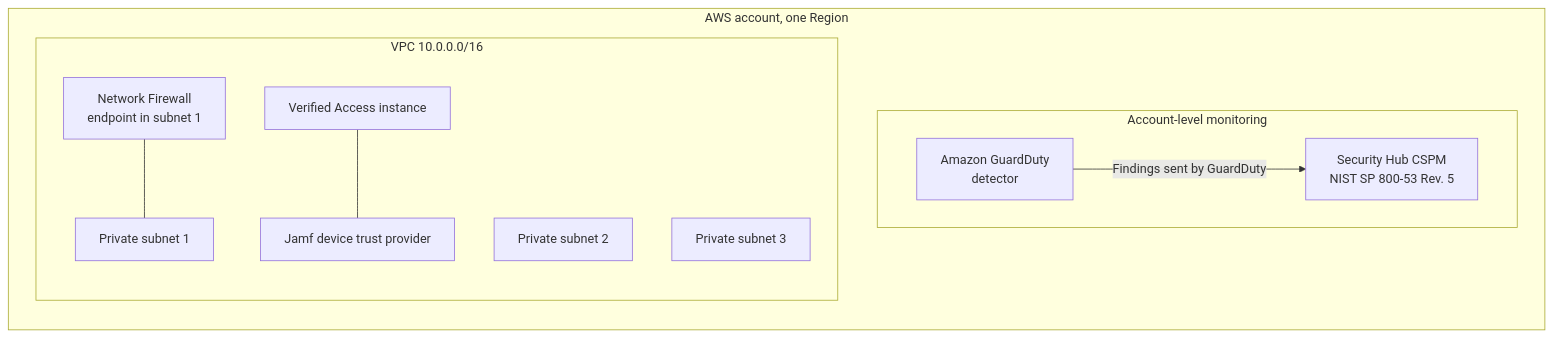
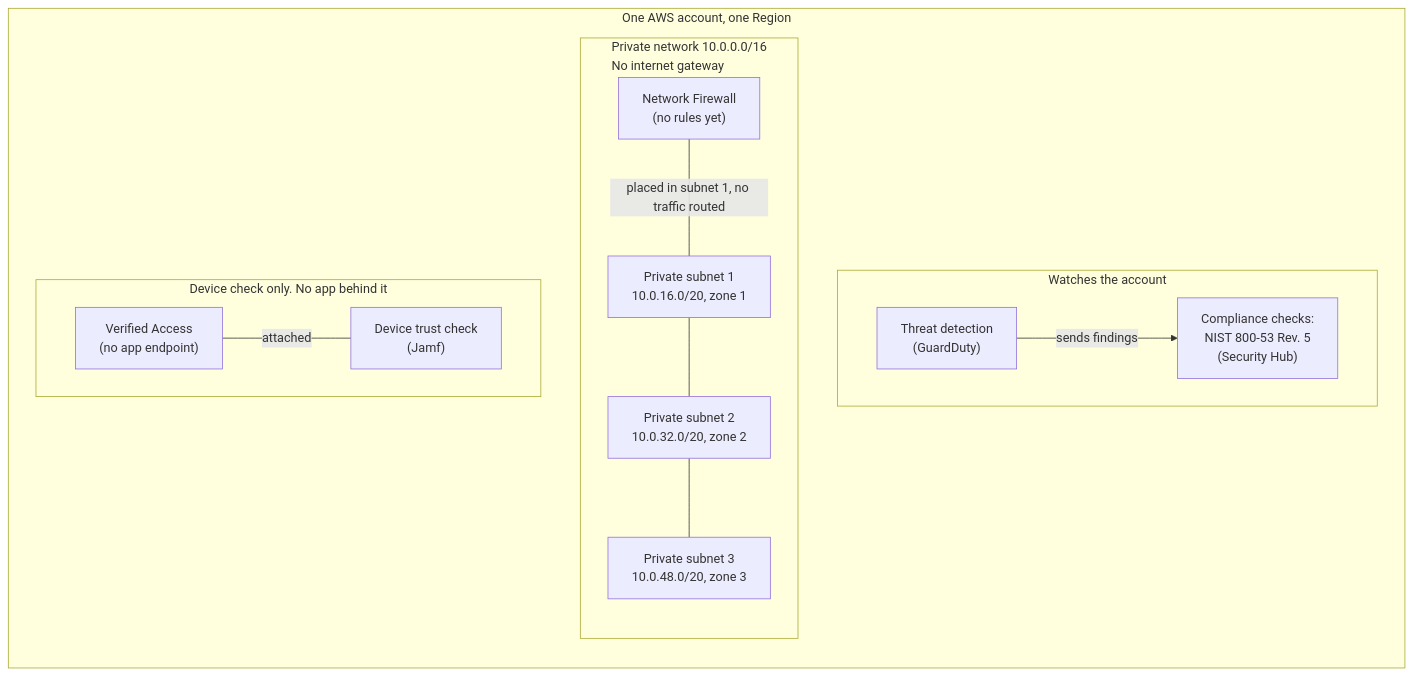
The diagram in README.md (CloudVeteran/AWS-Zero-Trust-Terraform), drawn with Mermaid before and after one commit. The commit also changed other lines of this file and 4 other files, not shown here.

First line of the commit message:
Add a plain-English architecture diagram for the lab. (#3)

````diff
--- a/README.md
+++ b/README.md
@@ -31,27 +35,34 @@
 ```mermaid
-flowchart TD
-    subgraph Account["AWS account, one Region"]
+flowchart TB
+    subgraph Account["One AWS account, one Region"]
         direction TB
 
-        subgraph Monitoring["Account-level monitoring"]
+        subgraph Monitoring["Watches the account"]
             direction LR
-            GuardDuty["Amazon GuardDuty<br/>detector"]
-            SecurityHub["Security Hub CSPM<br/>NIST SP 800-53 Rev. 5"]
+            GuardDuty["Threat detection<br/>(GuardDuty)"]
+            SecurityHub["Compliance checks:<br/>NIST 800-53 Rev. 5<br/>(Security Hub)"]
         end
 
-        GuardDuty -->|Findings sent by GuardDuty| SecurityHub
+        GuardDuty -->|sends findings| SecurityHub
 
-        subgraph VPC["VPC 10.0.0.0/16"]
+        subgraph VPC["Private network 10.0.0.0/16<br/>No internet gateway"]
             direction TB
-            Subnet1["Private subnet 1"]
-            Subnet2["Private subnet 2"]
-            Subnet3["Private subnet 3"]
-            Firewall["Network Firewall<br/>endpoint in subnet 1"]
-            VerifiedAccess["Verified Access instance"]
-            TrustProvider["Jamf device trust provider"]
+            Subnet1["Private subnet 1<br/>10.0.16.0/20, zone 1"]
+            Subnet2["Private subnet 2<br/>10.0.32.0/20, zone 2"]
+            Subnet3["Private subnet 3<br/>10.0.48.0/20, zone 3"]
+            Firewall["Network Firewall<br/>(no rules yet)"]
+
+            Subnet1 --- Subnet2
+            Subnet2 --- Subnet3
+            Firewall ---|placed in subnet 1, no traffic routed| Subnet1
         end
+
+        subgraph DeviceTrust["Device check only. No app behind it"]
+            direction LR
+            VerifiedAccess["Verified Access<br/>(no app endpoint)"]
+            TrustProvider["Device trust check<br/>(Jamf)"]
+        end
+
+        VerifiedAccess ---|attached| TrustProvider
     end
-
-    Firewall --- Subnet1
-    VerifiedAccess --- TrustProvider
 ```
````
